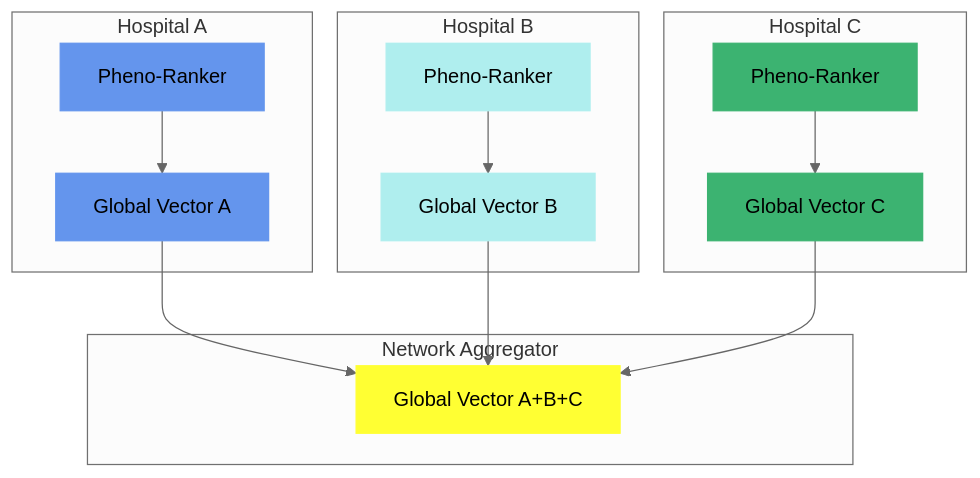
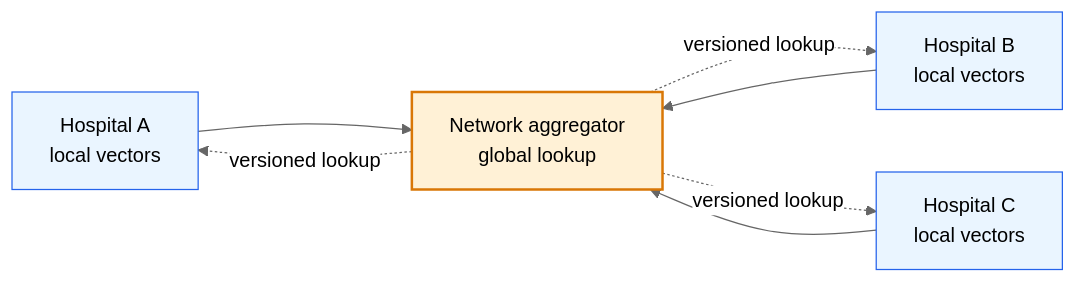
Before and after one commit to CNAG-Biomedical-Informatics/pheno-ranker: the first of 2 diagrams in docs/federated-version-proposal.md, drawn with Mermaid. The commit also changed other lines of this file and 125 other files, not shown here.

````diff
--- a/docs/federated-version-proposal.md
+++ b/docs/federated-version-proposal.md
@@ -28,31 +28,15 @@
     ```mermaid
     %%{init: {'theme':'neutral'}}%%
-    graph TD
-      subgraph "Hospital A"
-      A[Pheno-Ranker]--> B[Global Vector A]
-      end
-    
-      subgraph "Hospital B"
-      C[Pheno-Ranker] --> D[Global Vector B]
-      end
-    
-      subgraph "Hospital C"
-      E[Pheno-Ranker] --> F[Global Vector C]
-      end
-    
-      subgraph "Network Aggregator"
-      G[Global Vector A+B+C]
-      end
-    
-      B --> G
-      D --> G
-      F --> G
-    
-      style A fill: #6495ED, stroke: #6495ED
-      style B fill: #6495ED, stroke: #6495ED
-      style C fill: #AFEEEE, stroke: #AFEEEE
-      style D fill: #AFEEEE, stroke: #AFEEEE
-      style E fill: #3CB371, stroke: #3CB371
-      style F fill: #3CB371, stroke: #3CB371
-      style G fill: #FFFF33, stroke: #FFFF33
+    flowchart LR
+      A["Hospital A<br/>local vectors"] --> G["Network aggregator<br/>global lookup"]
+      B["Hospital B<br/>local vectors"] --> G
+      C["Hospital C<br/>local vectors"] --> G
+      G -. "versioned lookup" .-> A
+      G -. "versioned lookup" .-> B
+      G -. "versioned lookup" .-> C
+
+      style A fill:#eaf5ff,stroke:#2563eb
+      style B fill:#eaf5ff,stroke:#2563eb
+      style C fill:#eaf5ff,stroke:#2563eb
+      style G fill:#fff1d6,stroke:#d97706,stroke-width:2px
     ```
````
